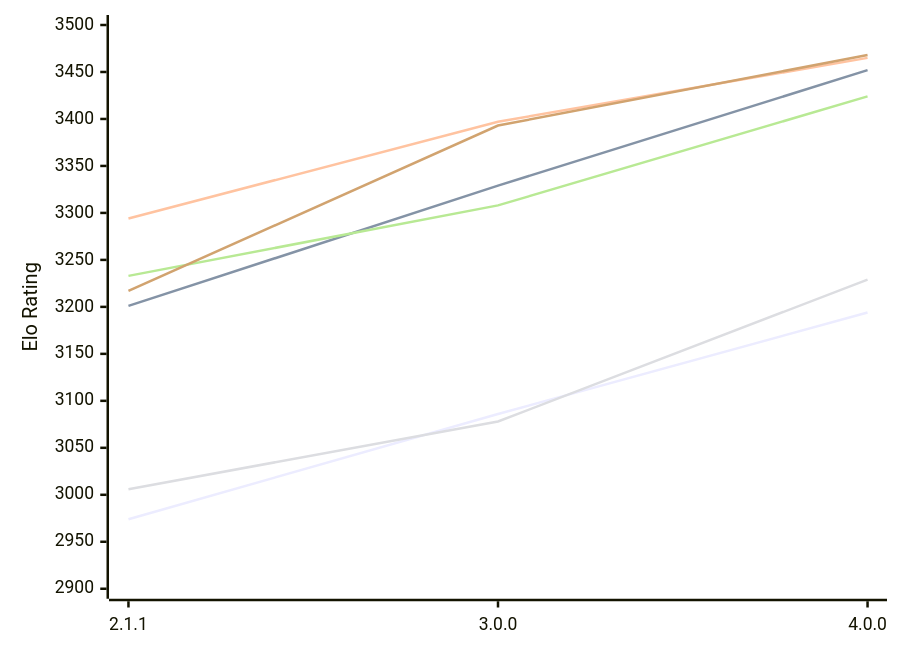
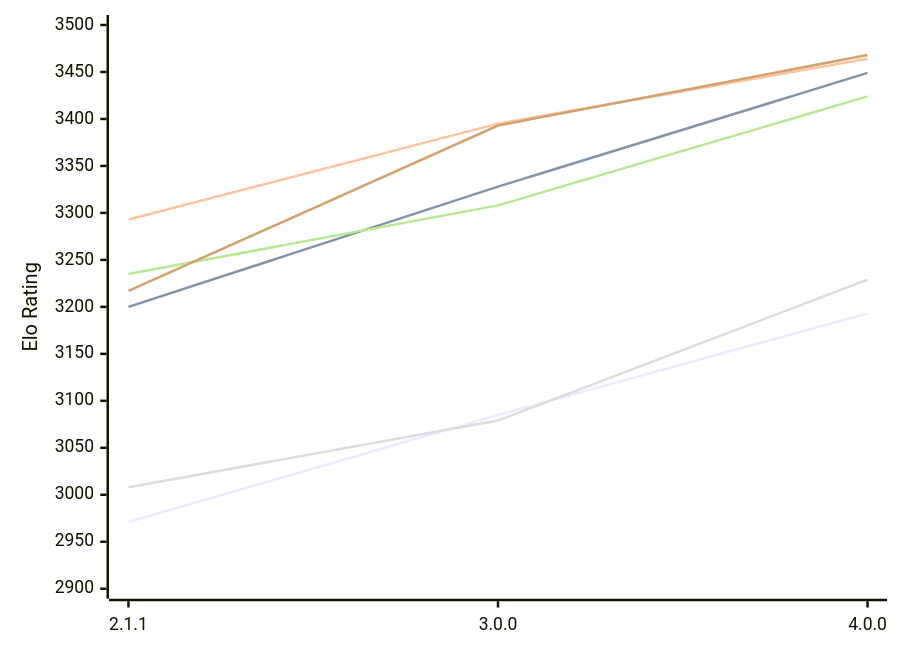
The first of 2 diagrams in engines/Bread.md (computer-chess-index/cci), drawn with Mermaid before and after one commit. The commit also changed other lines of this file, not shown here.

Commit message:
Update CCI Ratings (ELO VLTC) - 2026-11-28

````diff
--- a/engines/Bread.md
+++ b/engines/Bread.md
@@ -53,12 +53,12 @@
 ```mermaid
 %%{init: {"theme":"base","themeVariables":{"seriesColors:['#a3a3a3','#222221','#faa371']}}}%%
 xychart-beta
   x-axis ["2.1.1", "3.0.0", "4.0.0"]
   y-axis "Elo Rating" 2900 --> 3500
-  line "E1: STC (8.0+0.08s)" [2974, 3086, 3194]
-  line "E1: LTC (60.0+0.60s)" [3201, 3329, 3452]
-  line "E1: VLTC (2m24s+1.12s)" [3294, 3397, 3465]
-  line "P1: STC (8.0+0.08s)" [3006, 3078, 3229]
-  line "P1: LTC (60.0+0.60s)" [3233, 3308, 3424]
+  line "E1: STC (8.0+0.08s)" [2971, 3085, 3193]
+  line "E1: LTC (60.0+0.60s)" [3200, 3328, 3449]
+  line "E1: VLTC (2m24s+1.12s)" [3293, 3395, 3464]
+  line "P1: STC (8.0+0.08s)" [3008, 3079, 3229]
+  line "P1: LTC (60.0+0.60s)" [3235, 3308, 3424]
   line "P1: VLTC (2m24s+1.12s)" [3217, 3393, 3468]
 ```
````
